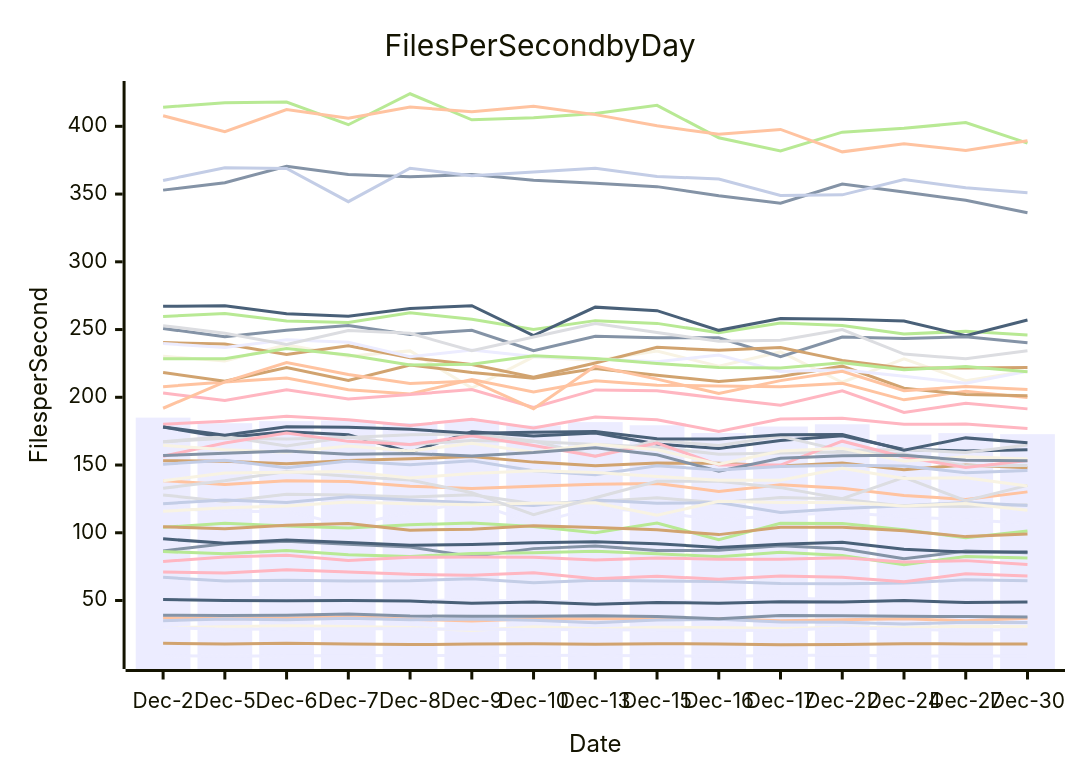
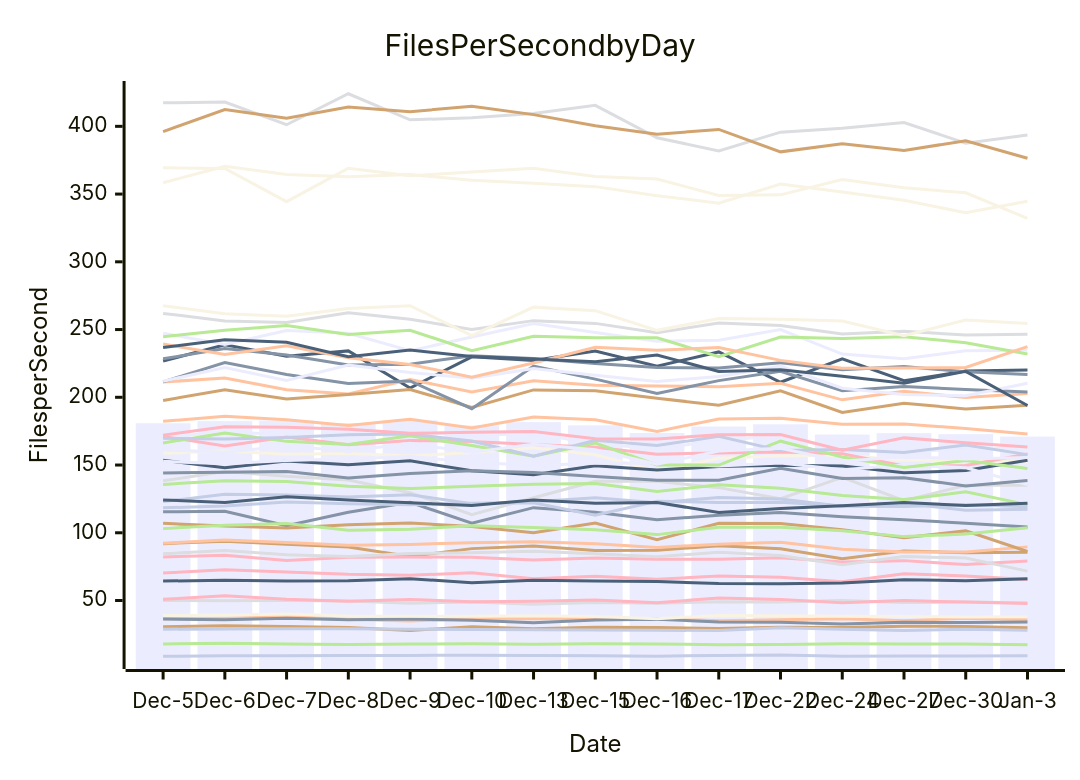
The diagram in perf-report.md (streetsidesoftware/cspell), drawn with Mermaid before and after one commit. The commit also changed other lines of this file and 1 other file, not shown here.

````diff
--- a/perf-report.md
+++ b/perf-report.md
@@ -10,57 +10,57 @@
 ```mermaid
 xychart-beta
     title Files Per Second by Day
     y-axis Files per Second
-    x-axis Date [Dec-2, Dec-5, Dec-6, Dec-7, Dec-8, Dec-9, Dec-10, Dec-13, Dec-15, Dec-16, Dec-17, Dec-22, Dec-24, Dec-27, Dec-30]
-    bar [184.99, 180.86, 182.42, 182.83, 180.95, 182.95, 179.19, 181.65, 179.36, 173.64, 178.43, 180.09, 172.48, 173.54, 172.79]
-    line [86.62, 91.97, 93.82, 91.60, 89.44, 82.46, 88.30, 90.18, 86.83, 87.07, 90.37, 88.26, 80.81, 86.47, 85.34]
-    line [138.47, 135.71, 138.36, 137.92, 134.36, 132.66, 134.27, 135.78, 136.38, 130.55, 135.39, 132.89, 127.54, 124.61, 130.19]
-    line [127.96, 123.07, 128.36, 127.97, 126.37, 128.11, 121.50, 122.96, 125.85, 122.14, 126.07, 124.95, 119.60, 119.43, 120.64]
-    line [414.13, 417.32, 417.87, 401.19, 424.05, 404.78, 406.35, 409.54, 415.50, 391.53, 381.89, 395.71, 398.52, 402.79, 387.60]
-    line [153.23, 152.74, 150.88, 153.33, 154.58, 156.25, 152.15, 149.54, 151.43, 151.38, 149.35, 151.56, 146.50, 150.10, 148.04]
-    line [67.10, 64.34, 65.01, 64.46, 64.51, 66.15, 63.18, 64.91, 64.35, 64.10, 62.51, 62.39, 63.01, 65.26, 64.66]
-    line [180.13, 182.27, 185.97, 183.39, 179.18, 183.86, 177.29, 185.44, 183.45, 174.84, 184.02, 184.52, 180.06, 180.25, 176.99]
-    line [178.00, 170.24, 174.62, 172.41, 159.51, 174.62, 171.51, 173.65, 165.49, 162.20, 168.07, 171.52, 161.55, 160.38, 161.25]
-    line [230.37, 226.75, 238.77, 230.39, 234.25, 206.87, 229.87, 227.19, 234.07, 222.96, 233.49, 211.10, 228.39, 212.27, 219.38]
-    line [118.51, 115.50, 115.87, 105.20, 115.20, 122.48, 107.06, 118.54, 115.18, 109.59, 113.00, 115.03, 111.88, 109.68, 107.07]
-    line [352.91, 358.41, 370.56, 364.48, 362.78, 364.44, 360.18, 358.05, 355.49, 348.84, 343.31, 357.38, 351.53, 345.39, 336.17]
-    line [207.87, 211.25, 214.29, 205.55, 202.50, 213.14, 203.97, 212.22, 208.88, 208.37, 207.77, 210.28, 198.12, 204.40, 199.78]
-    line [167.24, 171.12, 163.98, 170.66, 165.03, 168.12, 167.40, 165.15, 163.12, 158.04, 158.90, 159.56, 158.26, 149.38, 149.63]
-    line [259.59, 261.91, 256.38, 255.24, 262.31, 257.60, 250.13, 256.58, 254.55, 247.67, 254.88, 252.93, 246.70, 248.73, 245.95]
-    line [218.24, 211.89, 221.99, 212.41, 223.76, 218.34, 214.11, 221.23, 216.34, 211.66, 215.40, 222.98, 206.68, 202.06, 201.20]
-    line [121.44, 124.27, 122.27, 126.51, 124.16, 122.14, 120.17, 124.20, 121.82, 122.30, 114.99, 117.98, 119.98, 122.26, 120.11]
-    line [203.16, 197.69, 205.56, 198.75, 201.98, 205.78, 192.58, 205.45, 204.82, 199.34, 194.10, 204.78, 188.75, 195.62, 191.45]
-    line [267.12, 267.54, 261.60, 259.75, 265.50, 267.60, 245.47, 266.55, 263.96, 249.42, 258.13, 257.62, 256.30, 245.45, 257.10]
-    line [115.88, 118.39, 119.81, 122.77, 121.45, 120.76, 121.79, 122.20, 112.97, 123.23, 122.39, 122.57, 119.82, 121.66, 116.64]
-    line [51.36, 50.85, 53.51, 50.97, 49.51, 50.73, 49.15, 49.54, 50.29, 48.39, 51.90, 50.84, 48.41, 49.94, 48.88]
-    line [250.75, 244.77, 249.57, 253.00, 246.33, 249.46, 234.43, 245.12, 243.88, 243.97, 230.01, 244.43, 243.32, 244.74, 240.28]
-    line [407.78, 396.11, 412.42, 405.98, 414.20, 410.80, 414.80, 408.65, 400.36, 394.11, 397.72, 381.16, 387.10, 382.18, 389.40]
-    line [167.09, 169.78, 169.21, 170.29, 172.44, 172.82, 167.78, 156.48, 168.20, 164.35, 171.17, 160.66, 161.47, 159.18, 164.75]
-    line [104.02, 106.94, 104.99, 103.46, 105.91, 107.21, 104.66, 100.11, 107.13, 94.87, 107.05, 106.83, 102.33, 96.35, 101.39]
-    line [240.36, 239.27, 231.52, 238.08, 229.24, 224.19, 214.79, 225.36, 236.86, 234.70, 236.77, 227.25, 221.39, 221.64, 222.00]
-    line [360.08, 369.35, 368.90, 344.39, 369.08, 363.46, 366.29, 369.00, 363.03, 361.09, 348.96, 349.43, 360.81, 354.60, 350.95]
-    line [156.42, 166.33, 173.70, 167.47, 165.08, 171.54, 164.38, 156.51, 166.27, 150.03, 149.99, 167.61, 155.99, 148.15, 153.37]
-    line [178.10, 172.07, 178.26, 177.85, 176.41, 173.41, 174.24, 174.74, 169.36, 169.15, 172.44, 172.46, 160.97, 170.04, 166.42]
-    line [164.60, 161.29, 159.50, 164.08, 160.40, 166.00, 159.37, 165.42, 161.29, 150.68, 160.30, 162.32, 152.82, 156.10, 154.49]
-    line [9.38, 8.86, 9.19, 9.24, 9.33, 9.47, 9.61, 9.47, 9.27, 8.94, 9.45, 9.78, 8.90, 9.07, 9.12]
-    line [157.03, 158.70, 160.32, 157.97, 158.53, 156.72, 159.18, 162.67, 157.64, 145.39, 155.01, 156.77, 157.19, 153.46, 153.21]
-    line [37.28, 36.55, 36.94, 38.11, 36.16, 34.90, 36.59, 36.61, 36.51, 36.62, 35.07, 35.79, 36.55, 35.09, 36.98]
-    line [132.83, 138.36, 145.16, 141.72, 138.92, 129.58, 113.42, 125.88, 138.00, 137.98, 133.31, 125.20, 140.89, 123.76, 134.99]
-    line [86.10, 84.45, 86.85, 83.80, 82.54, 84.79, 85.17, 86.33, 84.51, 82.32, 85.67, 83.25, 76.44, 82.43, 81.41]
-    line [18.48, 17.91, 18.52, 17.91, 17.46, 17.89, 18.13, 17.78, 18.13, 17.93, 17.37, 17.53, 18.08, 17.97, 17.93]
-    line [35.10, 36.40, 35.75, 36.91, 35.78, 36.33, 35.41, 33.56, 35.56, 36.21, 34.19, 33.89, 32.69, 33.95, 33.78]
-    line [78.88, 82.13, 83.39, 79.45, 81.95, 82.06, 81.96, 79.96, 81.37, 80.53, 80.51, 81.49, 78.49, 79.44, 76.50]
-    line [95.50, 92.21, 94.67, 92.84, 90.85, 91.43, 92.60, 93.37, 91.85, 89.18, 91.59, 93.06, 87.76, 85.72, 85.81]
-    line [29.90, 30.63, 31.36, 30.89, 30.17, 27.90, 30.55, 29.22, 30.21, 30.10, 29.27, 30.24, 30.04, 30.99, 30.88]
-    line [239.72, 236.67, 242.41, 240.69, 229.87, 234.86, 230.17, 228.31, 226.27, 231.21, 219.13, 220.31, 215.56, 210.39, 219.17]
-    line [39.21, 38.95, 39.16, 39.98, 38.54, 38.36, 38.36, 38.81, 38.12, 36.63, 38.97, 38.70, 38.32, 38.26, 37.85]
-    line [191.91, 211.40, 225.62, 216.82, 210.15, 212.06, 191.55, 223.01, 213.39, 202.82, 212.32, 219.19, 204.86, 207.97, 205.76]
-    line [252.89, 247.30, 238.91, 249.28, 247.23, 234.36, 244.44, 254.37, 247.88, 241.35, 242.19, 249.98, 231.90, 228.38, 234.40]
-    line [228.40, 228.42, 235.98, 231.28, 223.81, 224.38, 230.73, 228.56, 225.00, 222.02, 221.71, 225.51, 220.33, 222.69, 218.79]
-    line [104.37, 103.06, 105.64, 106.80, 101.95, 102.69, 105.10, 103.83, 102.19, 98.64, 104.01, 104.04, 101.53, 97.16, 99.08]
-    line [150.61, 153.46, 148.08, 152.95, 150.14, 153.13, 145.78, 142.78, 149.53, 146.32, 148.93, 149.89, 149.32, 144.39, 145.93]
-    line [71.07, 70.27, 72.65, 71.06, 69.32, 68.69, 70.43, 66.11, 67.91, 65.71, 68.06, 67.11, 63.78, 69.83, 68.15]
-    line [50.75, 50.03, 49.80, 49.98, 49.59, 47.97, 48.84, 47.30, 48.59, 47.94, 49.07, 48.96, 49.98, 48.46, 48.82]
-    line [138.40, 144.20, 144.71, 145.14, 140.38, 143.82, 145.78, 144.45, 141.51, 138.80, 138.75, 147.65, 140.01, 140.67, 134.58]
-    line [30.07, 28.83, 29.04, 29.09, 29.10, 28.75, 28.65, 28.35, 28.26, 28.09, 27.81, 29.86, 28.77, 27.94, 28.71]
+    x-axis Date [Dec-5, Dec-6, Dec-7, Dec-8, Dec-9, Dec-10, Dec-13, Dec-15, Dec-16, Dec-17, Dec-22, Dec-24, Dec-27, Dec-30, Jan-3]
+    bar [180.86, 182.42, 182.83, 180.95, 182.95, 179.19, 181.65, 179.36, 173.64, 178.43, 180.09, 172.48, 173.54, 172.79, 170.99]
+    line [115.50, 115.87, 105.20, 115.20, 122.48, 107.06, 118.54, 115.18, 109.59, 113.00, 115.03, 111.88, 109.68, 107.07, 104.21]
+    line [36.55, 36.94, 38.11, 36.16, 34.90, 36.59, 36.61, 36.51, 36.62, 35.07, 35.79, 36.55, 35.09, 36.98, 35.84]
+    line [138.36, 145.16, 141.72, 138.92, 129.58, 113.42, 125.88, 138.00, 137.98, 133.31, 125.20, 140.89, 123.76, 134.99, 135.15]
+    line [135.71, 138.36, 137.92, 134.36, 132.66, 134.27, 135.78, 136.38, 130.55, 135.39, 132.89, 127.54, 124.61, 130.19, 120.78]
+    line [91.97, 93.82, 91.60, 89.44, 82.46, 88.30, 90.18, 86.83, 87.07, 90.37, 88.26, 80.81, 86.47, 85.34, 85.70]
+    line [8.86, 9.19, 9.24, 9.33, 9.47, 9.61, 9.47, 9.27, 8.94, 9.45, 9.78, 8.90, 9.07, 9.12, 9.17]
+    line [82.13, 83.39, 79.45, 81.95, 82.06, 81.96, 79.96, 81.37, 80.53, 80.51, 81.49, 78.49, 79.44, 76.50, 79.10]
+    line [226.75, 238.77, 230.39, 234.25, 206.87, 229.87, 227.19, 234.07, 222.96, 233.49, 211.10, 228.39, 212.27, 219.38, 220.06]
+    line [158.70, 160.32, 157.97, 158.53, 156.72, 159.18, 162.67, 157.64, 145.39, 155.01, 156.77, 157.19, 153.46, 153.21, 152.43]
+    line [247.30, 238.91, 249.28, 247.23, 234.36, 244.44, 254.37, 247.88, 241.35, 242.19, 249.98, 231.90, 228.38, 234.40, 234.65]
+    line [36.40, 35.75, 36.91, 35.78, 36.33, 35.41, 33.56, 35.56, 36.21, 34.19, 33.89, 32.69, 33.95, 33.78, 34.23]
+    line [92.21, 94.67, 92.84, 90.85, 91.43, 92.60, 93.37, 91.85, 89.18, 91.59, 93.06, 87.76, 85.72, 85.81, 89.59]
+    line [417.32, 417.87, 401.19, 424.05, 404.78, 406.35, 409.54, 415.50, 391.53, 381.89, 395.71, 398.52, 402.79, 387.60, 393.53]
+    line [17.91, 18.52, 17.91, 17.46, 17.89, 18.13, 17.78, 18.13, 17.93, 17.37, 17.53, 18.08, 17.97, 17.93, 17.30]
+    line [30.63, 31.36, 30.89, 30.17, 27.90, 30.55, 29.22, 30.21, 30.10, 29.27, 30.24, 30.04, 30.99, 30.88, 29.85]
+    line [123.07, 128.36, 127.97, 126.37, 128.11, 121.50, 122.96, 125.85, 122.14, 126.07, 124.95, 119.60, 119.43, 120.64, 119.14]
+    line [70.27, 72.65, 71.06, 69.32, 68.69, 70.43, 66.11, 67.91, 65.71, 68.06, 67.11, 63.78, 69.83, 68.15, 65.56]
+    line [153.46, 148.08, 152.95, 150.14, 153.13, 145.78, 142.78, 149.53, 146.32, 148.93, 149.89, 149.32, 144.39, 145.93, 153.60]
+    line [38.95, 39.16, 39.98, 38.54, 38.36, 38.36, 38.81, 38.12, 36.63, 38.97, 38.70, 38.32, 38.26, 37.85, 38.10]
+    line [170.24, 174.62, 172.41, 159.51, 174.62, 171.51, 173.65, 165.49, 162.20, 168.07, 171.52, 161.55, 160.38, 161.25, 163.50]
+    line [228.42, 235.98, 231.28, 223.81, 224.38, 230.73, 228.56, 225.00, 222.02, 221.71, 225.51, 220.33, 222.69, 218.79, 216.86]
+    line [211.25, 214.29, 205.55, 202.50, 213.14, 203.97, 212.22, 208.88, 208.37, 207.77, 210.28, 198.12, 204.40, 199.78, 202.87]
+    line [84.45, 86.85, 83.80, 82.54, 84.79, 85.17, 86.33, 84.51, 82.32, 85.67, 83.25, 76.44, 82.43, 81.41, 71.67]
+    line [244.77, 249.57, 253.00, 246.33, 249.46, 234.43, 245.12, 243.88, 243.97, 230.01, 244.43, 243.32, 244.74, 240.28, 231.91]
+    line [197.69, 205.56, 198.75, 201.98, 205.78, 192.58, 205.45, 204.82, 199.34, 194.10, 204.78, 188.75, 195.62, 191.45, 194.10]
+    line [118.39, 119.81, 122.77, 121.45, 120.76, 121.79, 122.20, 112.97, 123.23, 122.39, 122.57, 119.82, 121.66, 116.64, 117.40]
+    line [171.12, 163.98, 170.66, 165.03, 168.12, 167.40, 165.15, 163.12, 158.04, 158.90, 159.56, 158.26, 149.38, 149.63, 158.07]
+    line [64.34, 65.01, 64.46, 64.51, 66.15, 63.18, 64.91, 64.35, 64.10, 62.51, 62.39, 63.01, 65.26, 64.66, 66.07]
+    line [358.41, 370.56, 364.48, 362.78, 364.44, 360.18, 358.05, 355.49, 348.84, 343.31, 357.38, 351.53, 345.39, 336.17, 344.74]
+    line [152.74, 150.88, 153.33, 154.58, 156.25, 152.15, 149.54, 151.43, 151.38, 149.35, 151.56, 146.50, 150.10, 148.04, 135.51]
+    line [211.40, 225.62, 216.82, 210.15, 212.06, 191.55, 223.01, 213.39, 202.82, 212.32, 219.19, 204.86, 207.97, 205.76, 203.99]
+    line [182.27, 185.97, 183.39, 179.18, 183.86, 177.29, 185.44, 183.45, 174.84, 184.02, 184.52, 180.06, 180.25, 176.99, 172.93]
+    line [50.03, 49.80, 49.98, 49.59, 47.97, 48.84, 47.30, 48.59, 47.94, 49.07, 48.96, 49.98, 48.46, 48.82, 48.35]
+    line [166.33, 173.70, 167.47, 165.08, 171.54, 164.38, 156.51, 166.27, 150.03, 149.99, 167.61, 155.99, 148.15, 153.37, 147.46]
+    line [106.94, 104.99, 103.46, 105.91, 107.21, 104.66, 100.11, 107.13, 94.87, 107.05, 106.83, 102.33, 96.35, 101.39, 86.21]
+    line [28.83, 29.04, 29.09, 29.10, 28.75, 28.65, 28.35, 28.26, 28.09, 27.81, 29.86, 28.77, 27.94, 28.71, 28.12]
+    line [50.85, 53.51, 50.97, 49.51, 50.73, 49.15, 49.54, 50.29, 48.39, 51.90, 50.84, 48.41, 49.94, 48.88, 47.84]
+    line [124.27, 122.27, 126.51, 124.16, 122.14, 120.17, 124.20, 121.82, 122.30, 114.99, 117.98, 119.98, 122.26, 120.11, 121.82]
+    line [369.35, 368.90, 344.39, 369.08, 363.46, 366.29, 369.00, 363.03, 361.09, 348.96, 349.43, 360.81, 354.60, 350.95, 332.01]
+    line [211.89, 221.99, 212.41, 223.76, 218.34, 214.11, 221.23, 216.34, 211.66, 215.40, 222.98, 206.68, 202.06, 201.20, 210.33]
+    line [144.20, 144.71, 145.14, 140.38, 143.82, 145.78, 144.45, 141.51, 138.80, 138.75, 147.65, 140.01, 140.67, 134.58, 138.60]
+    line [239.27, 231.52, 238.08, 229.24, 224.19, 214.79, 225.36, 236.86, 234.70, 236.77, 227.25, 221.39, 221.64, 222.00, 237.43]
+    line [261.91, 256.38, 255.24, 262.31, 257.60, 250.13, 256.58, 254.55, 247.67, 254.88, 252.93, 246.70, 248.73, 245.95, 246.62]
+    line [103.06, 105.64, 106.80, 101.95, 102.69, 105.10, 103.83, 102.19, 98.64, 104.01, 104.04, 101.53, 97.16, 99.08, 103.76]
+    line [396.11, 412.42, 405.98, 414.20, 410.80, 414.80, 408.65, 400.36, 394.11, 397.72, 381.16, 387.10, 382.18, 389.40, 376.40]
+    line [169.78, 169.21, 170.29, 172.44, 172.82, 167.78, 156.48, 168.20, 164.35, 171.17, 160.66, 161.47, 159.18, 164.75, 157.67]
+    line [172.07, 178.26, 177.85, 176.41, 173.41, 174.24, 174.74, 169.36, 169.15, 172.44, 172.46, 160.97, 170.04, 166.42, 163.23]
+    line [236.67, 242.41, 240.69, 229.87, 234.86, 230.17, 228.31, 226.27, 231.21, 219.13, 220.31, 215.56, 210.39, 219.17, 193.96]
+    line [267.54, 261.60, 259.75, 265.50, 267.60, 245.47, 266.55, 263.96, 249.42, 258.13, 257.62, 256.30, 245.45, 257.10, 254.53]
+    line [161.29, 159.50, 164.08, 160.40, 166.00, 159.37, 165.42, 161.29, 150.68, 160.30, 162.32, 152.82, 156.10, 154.49, 155.58]
 ```
````
